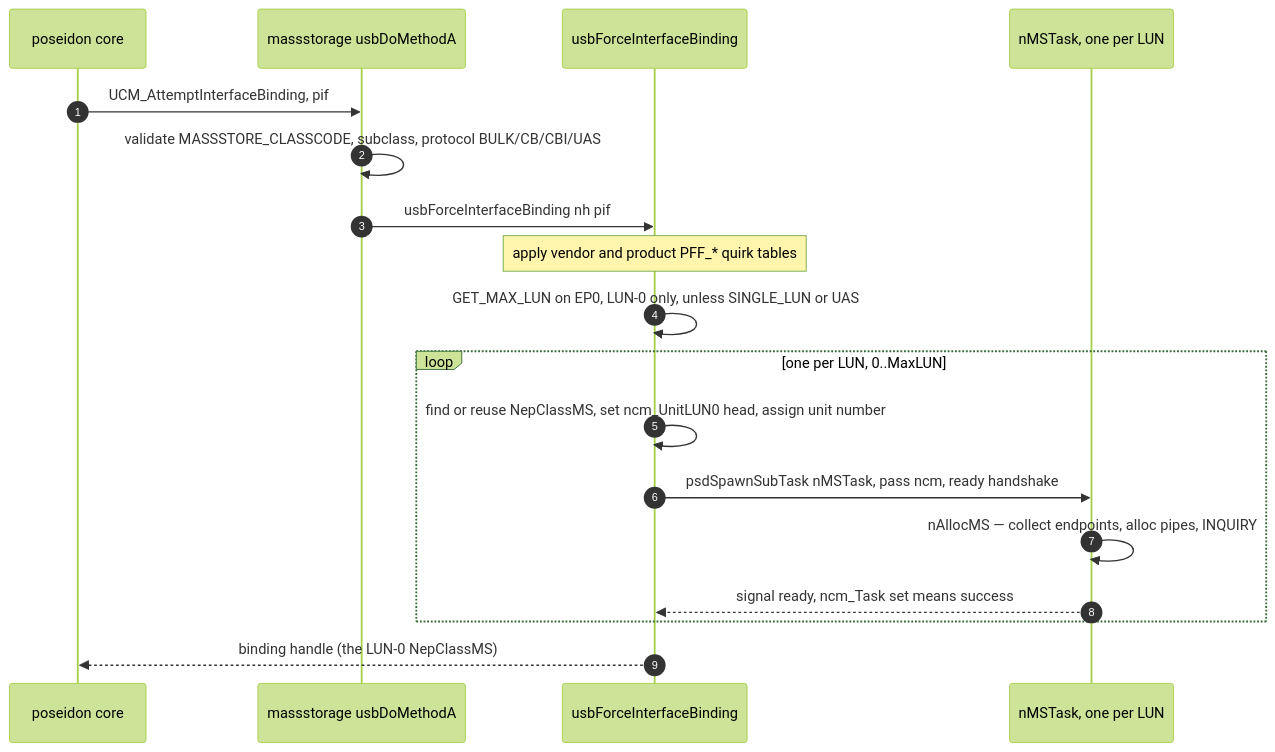
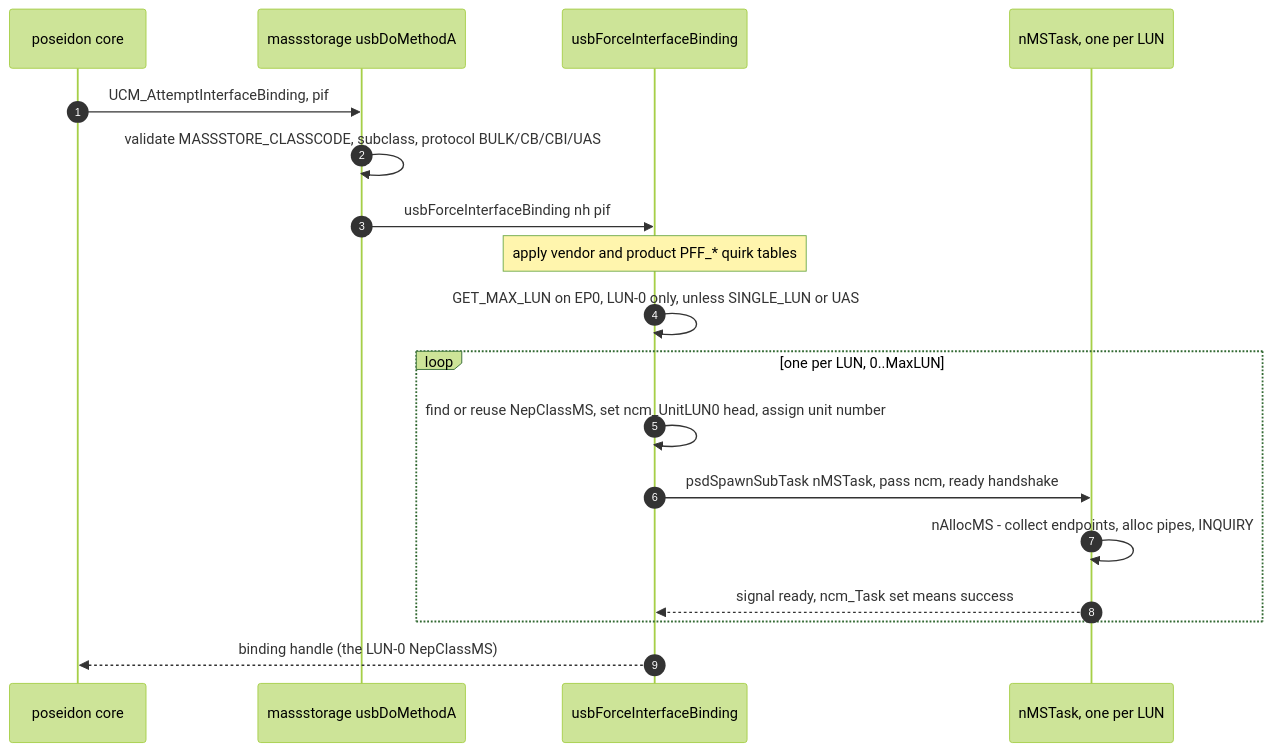
The third of 12 diagrams in docs/massstorage.class-architecture.md (rondoval/poseidon-backport), drawn with Mermaid (forest theme) before and after one commit. The commit also changed other lines of this file and 108 other files, not shown here.

````diff
--- a/docs/massstorage.class-architecture.md
+++ b/docs/massstorage.class-architecture.md
@@ -164,21 +164,21 @@
 ```mermaid
 sequenceDiagram
     autonumber
     participant PS as poseidon core
     participant CLS as massstorage usbDoMethodA
     participant FB as usbForceInterfaceBinding
     participant T as nMSTask, one per LUN
 
     PS->>CLS: UCM_AttemptInterfaceBinding, pif
     CLS->>CLS: validate MASSSTORE_CLASSCODE, subclass, protocol BULK/CB/CBI/UAS
     CLS->>FB: usbForceInterfaceBinding nh pif
     note over FB: apply vendor and product PFF_* quirk tables
     FB->>FB: GET_MAX_LUN on EP0, LUN-0 only, unless SINGLE_LUN or UAS
     loop one per LUN, 0..MaxLUN
         FB->>FB: find or reuse NepClassMS, set ncm_UnitLUN0 head, assign unit number
         FB->>T: psdSpawnSubTask nMSTask, pass ncm, ready handshake
-        T->>T: nAllocMS — collect endpoints, alloc pipes, INQUIRY
+        T->>T: nAllocMS - collect endpoints, alloc pipes, INQUIRY
         T-->>FB: signal ready, ncm_Task set means success
     end
     FB-->>PS: binding handle (the LUN-0 NepClassMS)
 ```
````
